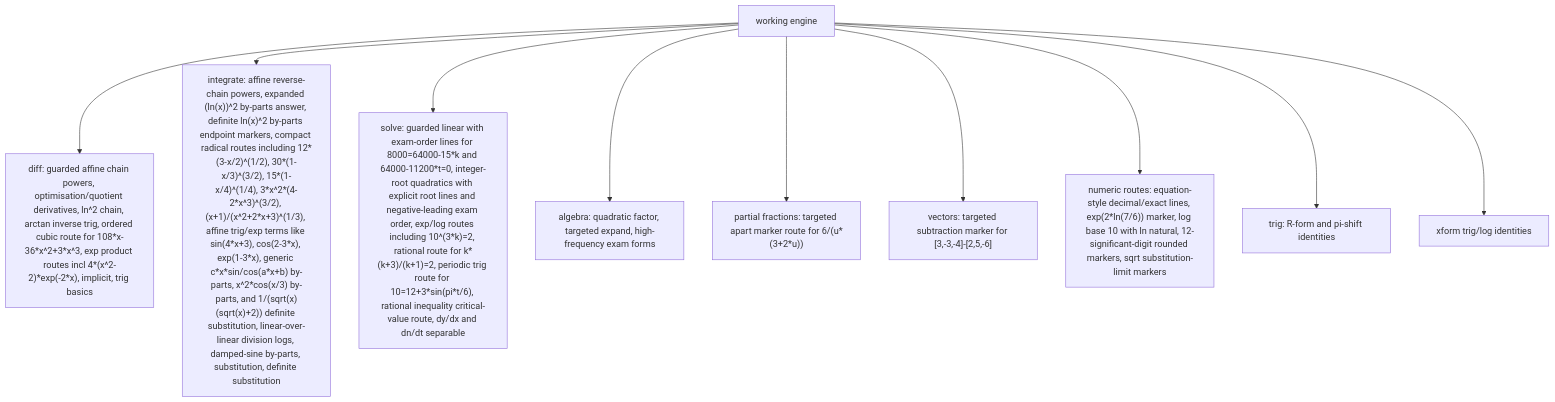
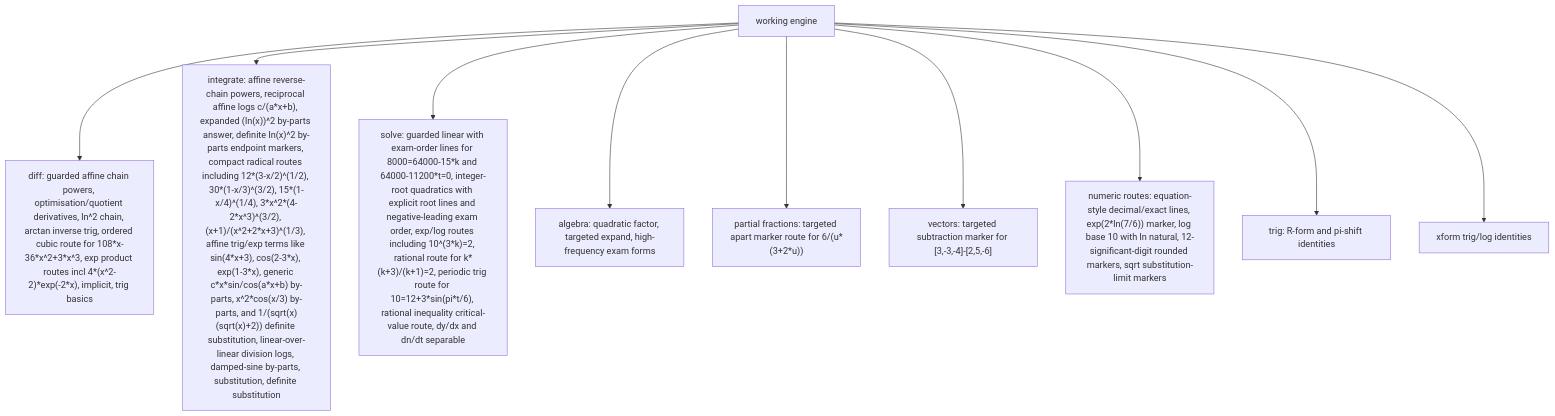
Before and after one commit to james8464/notes-addin-casio-fx-cg50: the third of 6 diagrams in docs/GRAPH.md, drawn with Mermaid. The commit also changed other lines of this file and 6 other files, not shown here.

Commit message:
add reciprocal affine integration route

````diff
--- a/docs/GRAPH.md
+++ b/docs/GRAPH.md
@@ -36,12 +36,12 @@
 ```mermaid
 graph TD
   Work["working engine"] --> Diff["diff: guarded affine chain powers, optimisation/quotient derivatives, ln^2 chain, arctan inverse trig, ordered cubic route for 108*x-36*x^2+3*x^3, exp product routes incl 4*(x^2-2)*exp(-2*x), implicit, trig basics"]
-  Work --> Int["integrate: affine reverse-chain powers, expanded (ln(x))^2 by-parts answer, definite ln(x)^2 by-parts endpoint markers, compact radical routes including 12*(3-x/2)^(1/2), 30*(1-x/3)^(3/2), 15*(1-x/4)^(1/4), 3*x^2*(4-2*x^3)^(3/2), (x+1)/(x^2+2*x+3)^(1/3), affine trig/exp terms like sin(4*x+3), cos(2-3*x), exp(1-3*x), generic c*x*sin/cos(a*x+b) by-parts, x^2*cos(x/3) by-parts, and 1/(sqrt(x)(sqrt(x)+2)) definite substitution, linear-over-linear division logs, damped-sine by-parts, substitution, definite substitution"]
+  Work --> Int["integrate: affine reverse-chain powers, reciprocal affine logs c/(a*x+b), expanded (ln(x))^2 by-parts answer, definite ln(x)^2 by-parts endpoint markers, compact radical routes including 12*(3-x/2)^(1/2), 30*(1-x/3)^(3/2), 15*(1-x/4)^(1/4), 3*x^2*(4-2*x^3)^(3/2), (x+1)/(x^2+2*x+3)^(1/3), affine trig/exp terms like sin(4*x+3), cos(2-3*x), exp(1-3*x), generic c*x*sin/cos(a*x+b) by-parts, x^2*cos(x/3) by-parts, and 1/(sqrt(x)(sqrt(x)+2)) definite substitution, linear-over-linear division logs, damped-sine by-parts, substitution, definite substitution"]
   Work --> Solve["solve: guarded linear with exam-order lines for 8000=64000-15*k and 64000-11200*t=0, integer-root quadratics with explicit root lines and negative-leading exam order, exp/log routes including 10^(3*k)=2, rational route for k*(k+3)/(k+1)=2, periodic trig route for 10=12+3*sin(pi*t/6), rational inequality critical-value route, dy/dx and dn/dt separable"]
   Work --> Alg["algebra: quadratic factor, targeted expand, high-frequency exam forms"]
   Work --> PF["partial fractions: targeted apart marker route for 6/(u*(3+2*u))"]
   Work --> Vec["vectors: targeted subtraction marker for [3,-3,-4]-[2,5,-6]"]
   Work --> Num["numeric routes: equation-style decimal/exact lines, exp(2*ln(7/6)) marker, log base 10 with ln natural, 12-significant-digit rounded markers, sqrt substitution-limit markers"]
   Work --> Trig["trig: R-form and pi-shift identities"]
   Work --> Xform["xform trig/log identities"]
 ```
````
